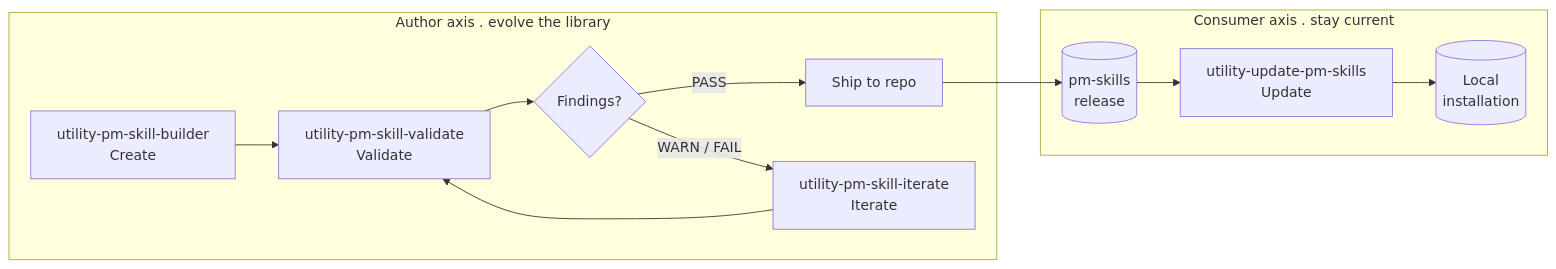
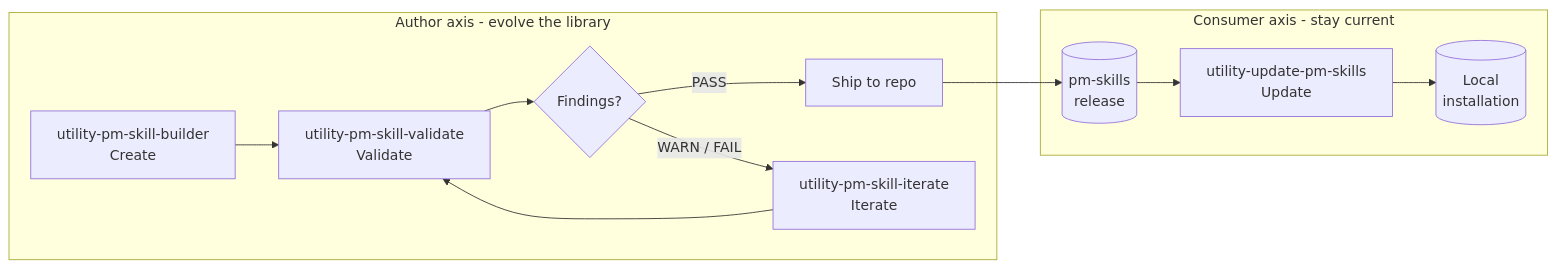
One commit to product-on-purpose/pm-skills changed the first of 3 diagrams in site/src/content/docs/guides/pm-skill-lifecycle.md. Above: the diagram before and after it, drawn with Mermaid. The commit also changed other lines of this file and 23 other files, not shown here.

````diff
--- a/site/src/content/docs/guides/pm-skill-lifecycle.md
+++ b/site/src/content/docs/guides/pm-skill-lifecycle.md
@@ -17,17 +17,17 @@
 ```mermaid
 flowchart LR
-    subgraph Author["Author axis . evolve the library"]
+    subgraph Author["Author axis - evolve the library"]
         Create["utility-pm-skill-builder<br/>Create"] --> Validate["utility-pm-skill-validate<br/>Validate"]
         Validate --> Decision{Findings?}
         Decision -- "PASS" --> Ship["Ship to repo"]
         Decision -- "WARN / FAIL" --> Iterate["utility-pm-skill-iterate<br/>Iterate"]
         Iterate --> Validate
     end
 
     Ship --> Release[(pm-skills<br/>release)]
 
-    subgraph Consumer["Consumer axis . stay current"]
+    subgraph Consumer["Consumer axis - stay current"]
         Release --> Update["utility-update-pm-skills<br/>Update"]
         Update --> Local[(Local<br/>installation)]
     end
 ```
````
